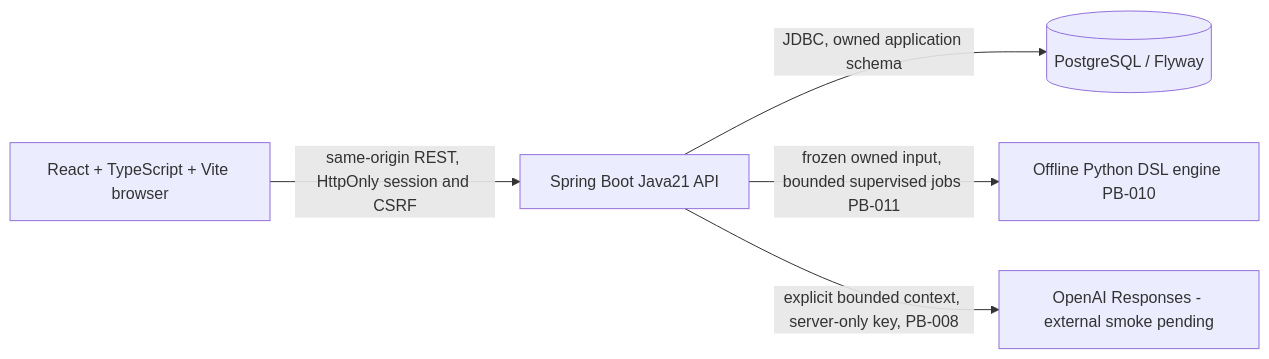
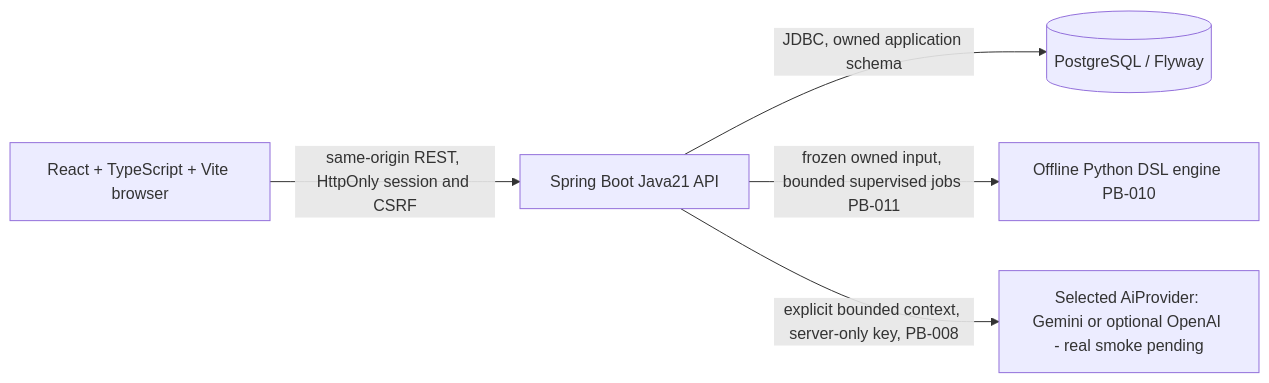
Before and after one commit to tranbaohoang10/AITrading: the first of 2 diagrams in docs/architecture.md, drawn with Mermaid. The commit also changed other lines of this file and 40 other files, not shown here.

````diff
--- a/docs/architecture.md
+++ b/docs/architecture.md
@@ -14,12 +14,12 @@
 ```mermaid
 flowchart LR
   Browser[React + TypeScript + Vite browser]
   API[Spring Boot Java21 API]
   DB[(PostgreSQL / Flyway)]
   Python[Offline Python DSL engine PB-010]
-  Provider[OpenAI Responses - external smoke pending]
+  Provider[Selected AiProvider: Gemini or optional OpenAI - real smoke pending]
   Browser -->|same-origin REST, HttpOnly session and CSRF| API
   API -->|JDBC, owned application schema| DB
   API -->|frozen owned input, bounded supervised jobs PB-011| Python
   API -->|explicit bounded context, server-only key, PB-008| Provider
 ```
````
